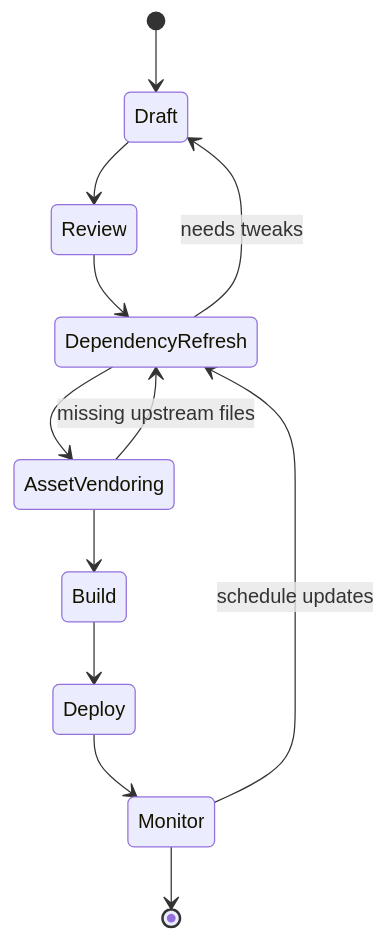
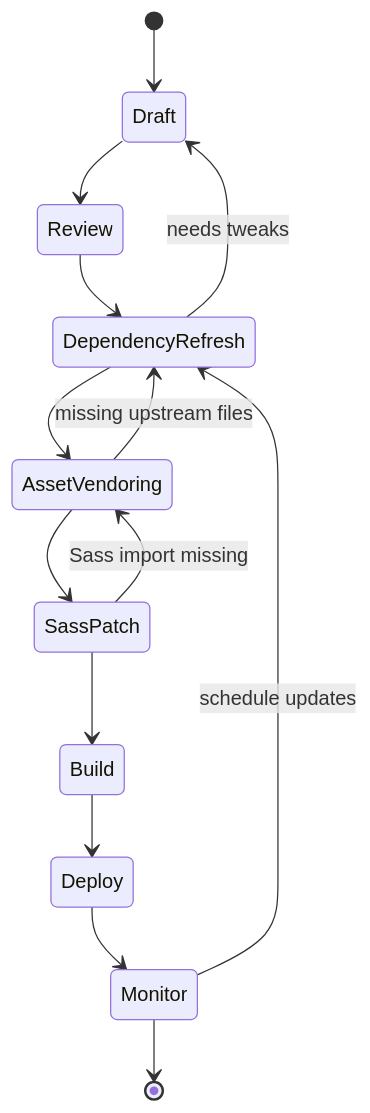
One commit to muyueh/Jekyll changed the second of 6 diagrams in README.md. Above: the diagram before and after it, drawn with Mermaid. The commit also changed other lines of this file and 2 other files, not shown here.

Commit message:
Patch Sass dependencies for local build

````diff
--- a/README.md
+++ b/README.md
@@ -18,14 +19,17 @@
 ```mermaid
 stateDiagram-v2
     [*] --> Draft
     Draft --> Review
+    state SassPatch
     Review --> DependencyRefresh
     DependencyRefresh --> AssetVendoring
-    AssetVendoring --> Build
+    AssetVendoring --> SassPatch
+    SassPatch --> Build
     Build --> Deploy
     Deploy --> Monitor
     Monitor --> [*]
     DependencyRefresh --> Draft : needs tweaks
     AssetVendoring --> DependencyRefresh : missing upstream files
+    SassPatch --> AssetVendoring : Sass import missing
     Monitor --> DependencyRefresh : schedule updates
 ```
````
